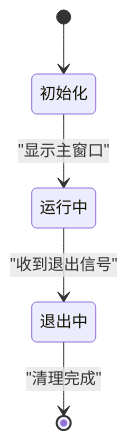
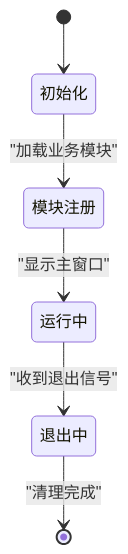
Before and after one commit to jakecai1225-design/OpenBus: the seventh of 8 diagrams in .qoder/repowiki/zh/content/核心模块详解/应用程序入口.md, drawn with Mermaid. The commit also changed other lines of this file and 58 other files, not shown here.

````diff
--- a/.qoder/repowiki/zh/content/核心模块详解/应用程序入口.md
+++ b/.qoder/repowiki/zh/content/核心模块详解/应用程序入口.md
@@ -299,7 +352,8 @@
 ```mermaid
 stateDiagram-v2
 [*] --> 初始化
-初始化 --> 运行中 : "显示主窗口"
+初始化 --> 模块注册 : "加载业务模块"
+模块注册 --> 运行中 : "显示主窗口"
 运行中 --> 退出中 : "收到退出信号"
 退出中 --> [*] : "清理完成"
 ```
````
